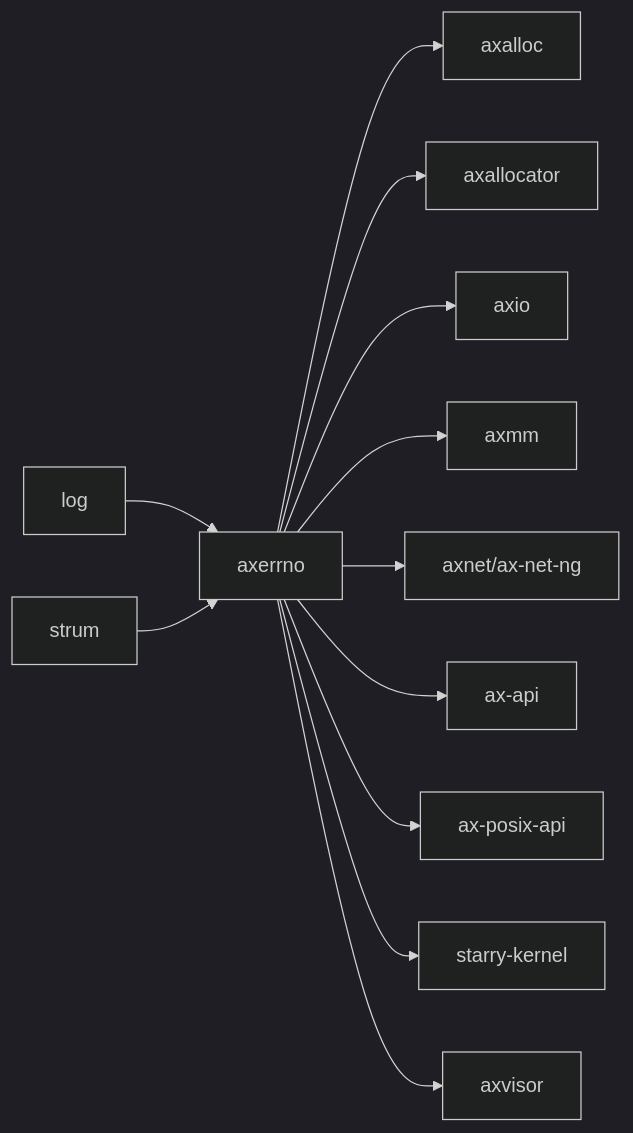
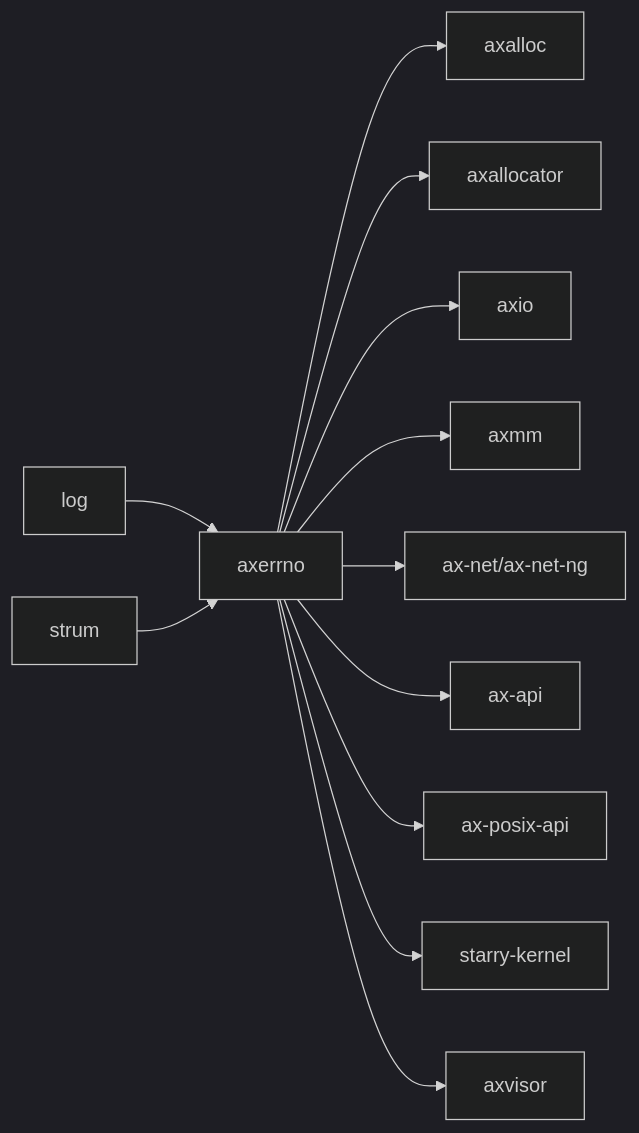
One commit to zKurisu/tgoskits changed the second of 2 diagrams in docs/crates/axerrno.md. Above: the diagram before and after it, drawn with Mermaid (dark theme). The commit also changed other lines of this file and 44 other files, not shown here.

Commit message:
rename axnet to ax-net

````diff
--- a/docs/crates/axerrno.md
+++ b/docs/crates/axerrno.md
@@ -80,15 +80,15 @@
 ```mermaid
 graph LR
     log["log"] --> axerrno["axerrno"]
     strum["strum"] --> axerrno
 
     axerrno --> axalloc["axalloc"]
     axerrno --> axallocator["axallocator"]
     axerrno --> axio["axio"]
     axerrno --> axmm["axmm"]
-    axerrno --> axnet["axnet/ax-net-ng"]
+    axerrno --> ax-net["ax-net/ax-net-ng"]
     axerrno --> ax-api["ax-api"]
     axerrno --> arceos_posix["ax-posix-api"]
     axerrno --> starry_kernel["starry-kernel"]
     axerrno --> axvisor["axvisor"]
 ```
````
